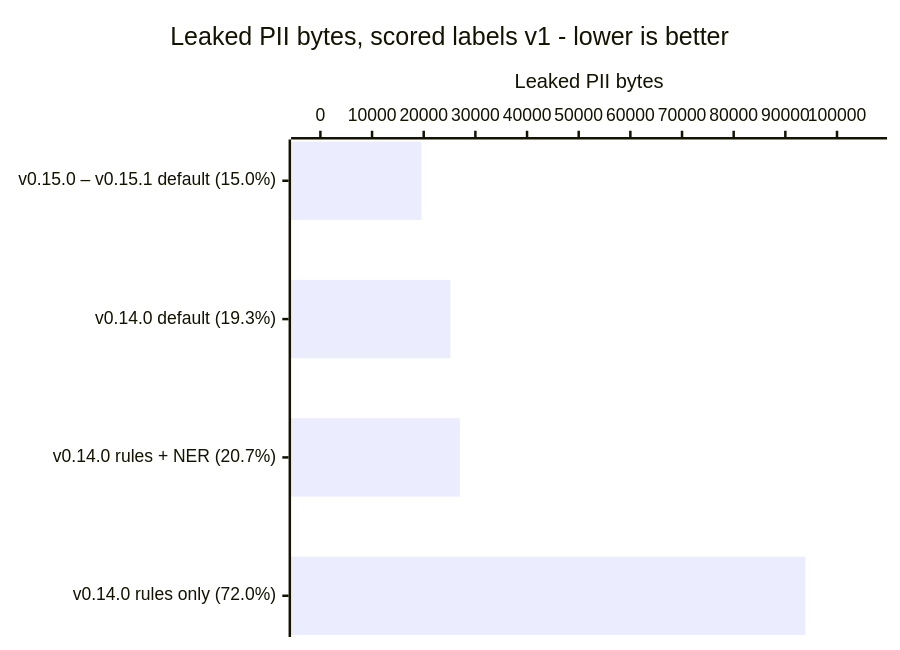
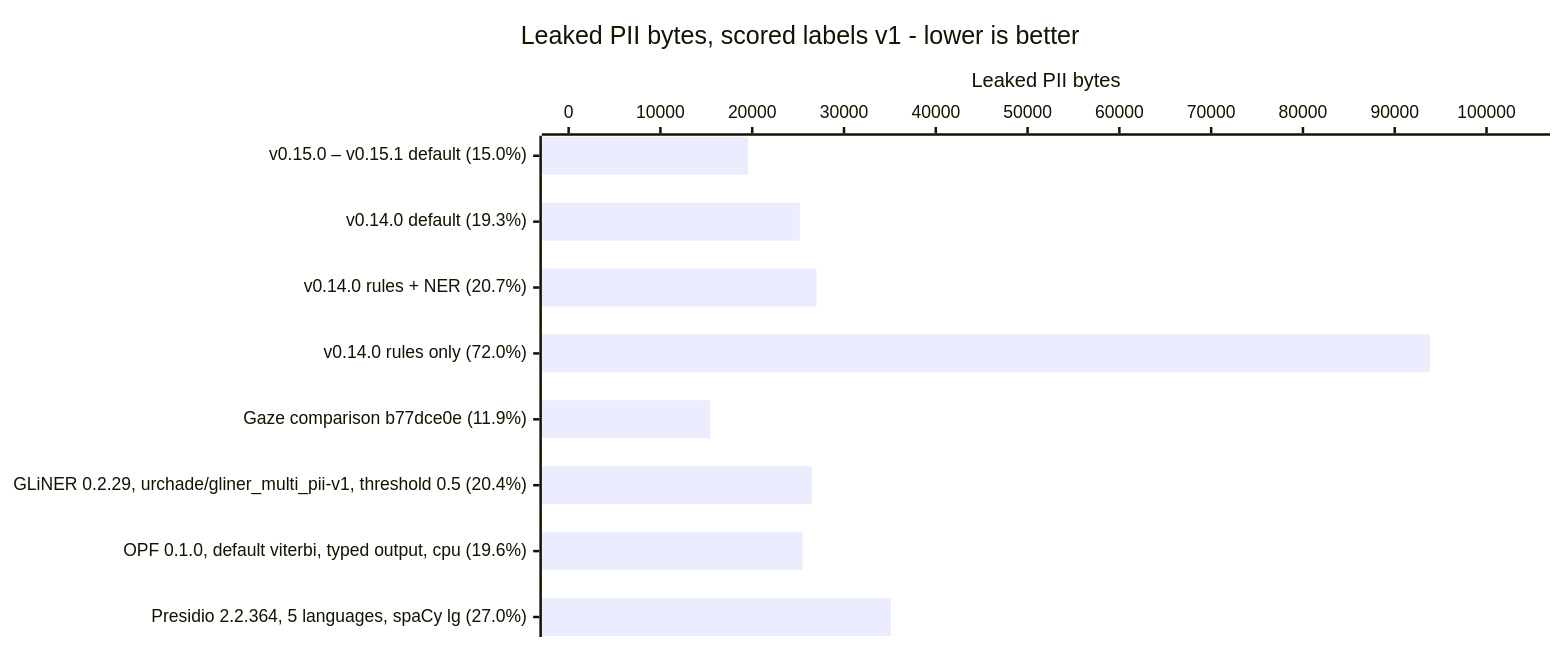
The third of 3 diagrams in README.md (CertaMesh/gaze), drawn with Mermaid before and after one commit. The commit also changed other lines of this file and 2 other files, not shown here.

Commit message:
Show competitor measurements in README chart

````diff
--- a/README.md
+++ b/README.md
@@ -54,7 +56,8 @@
 ```mermaid
+%%{init: {'xyChart': {'width': 1200, 'height': 500}}}%%
 xychart-beta horizontal
     title "Leaked PII bytes, scored labels v1 - lower is better"
-    x-axis ["v0.15.0 – v0.15.1 default (15.0%)", "v0.14.0 default (19.3%)", "v0.14.0 rules + NER (20.7%)", "v0.14.0 rules only (72.0%)"]
+    x-axis ["v0.15.0 – v0.15.1 default (15.0%)", "v0.14.0 default (19.3%)", "v0.14.0 rules + NER (20.7%)", "v0.14.0 rules only (72.0%)", "Gaze comparison b77dce0e (11.9%)", "GLiNER 0.2.29, urchade/gliner_multi_pii-v1, threshold 0.5 (20.4%)", "OPF 0.1.0, default viterbi, typed output, cpu (19.6%)", "Presidio 2.2.364, 5 languages, spaCy lg (27.0%)"]
     y-axis "Leaked PII bytes" 0 --> 104000
-    bar [19556, 25179, 27000, 93850]
+    bar [19556, 25179, 27000, 93850, 15443, 26515, 25485, 35130]
 ```
````
